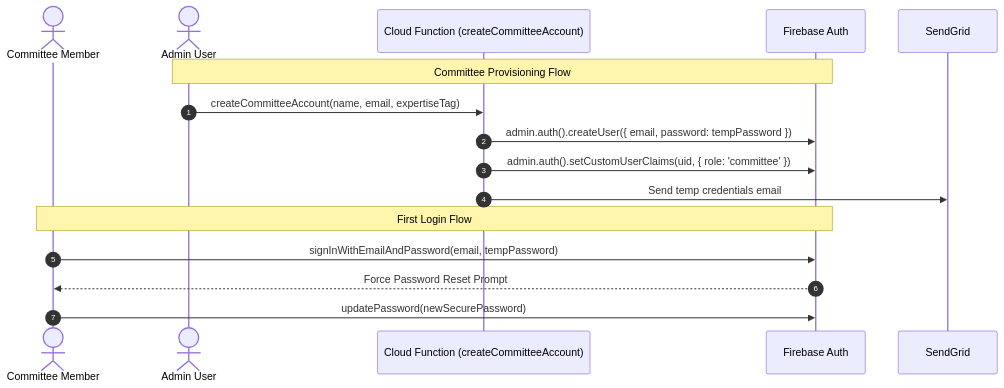
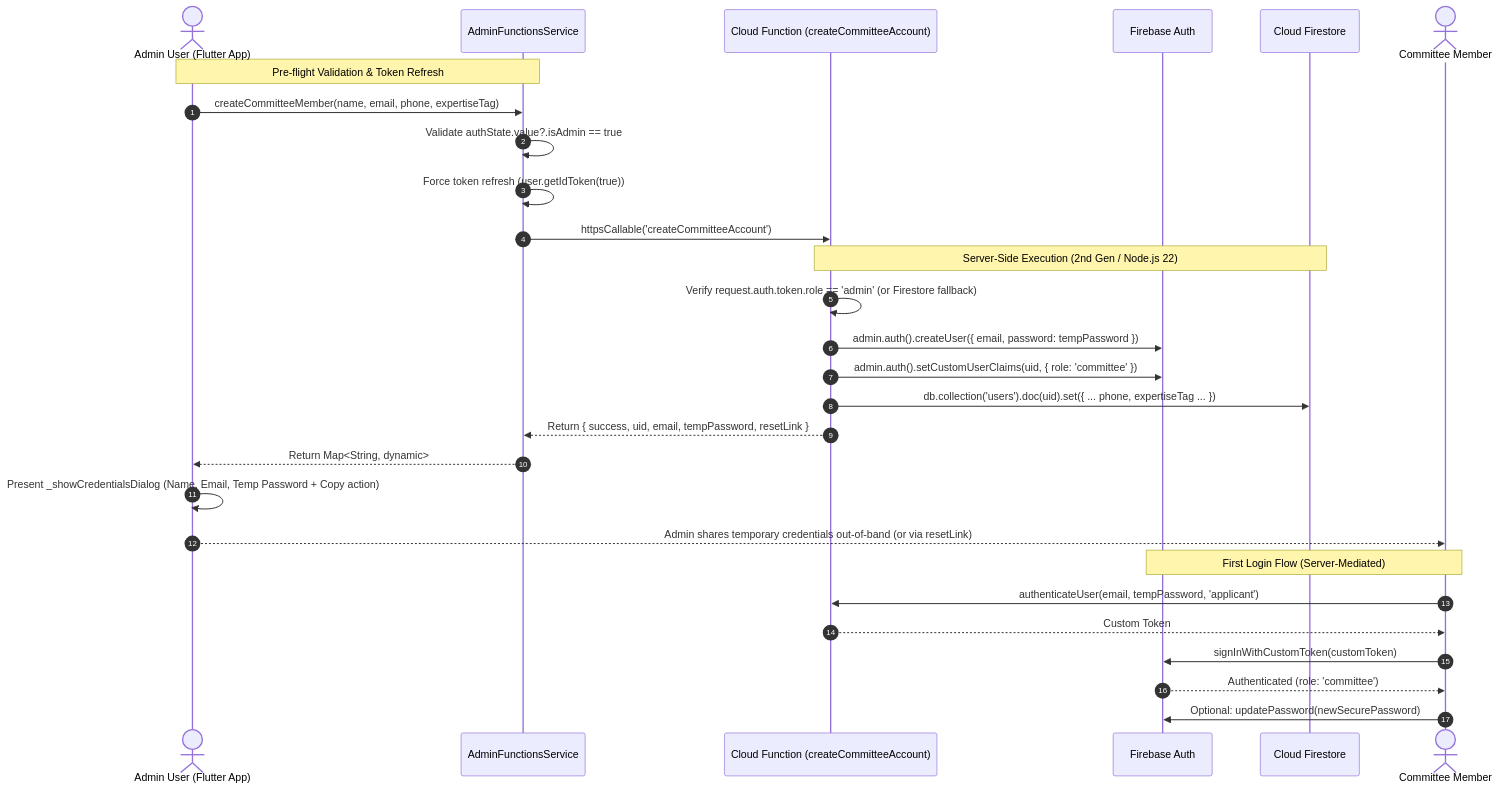
The third of 7 diagrams in brain/auth_security.md (coe-sensrs/survey_booking_flutter), drawn with Mermaid before and after one commit. The commit also changed other lines of this file and 34 other files, not shown here.

````diff
--- a/brain/auth_security.md
+++ b/brain/auth_security.md
@@ -32,20 +143,33 @@
 ```mermaid
 sequenceDiagram
     autonumber
-    actor Committee as Committee Member
-    actor Admin as Admin User
+    actor Admin as Admin User (Flutter App)
+    participant AFS as AdminFunctionsService
     participant CF as Cloud Function (createCommitteeAccount)
     participant Auth as Firebase Auth
-    participant SG as SendGrid
+    participant FS as Cloud Firestore
+    actor Committee as Committee Member
 
-    Note over Admin,Auth: Committee Provisioning Flow
-    Admin->>CF: createCommitteeAccount(name, email, expertiseTag)
+    Note over Admin,AFS: Pre-flight Validation & Token Refresh
+    Admin->>AFS: createCommitteeMember(name, email, phone, expertiseTag)
+    AFS->>AFS: Validate authState.value?.isAdmin == true
+    AFS->>AFS: Force token refresh (user.getIdToken(true))
+    AFS->>CF: httpsCallable('createCommitteeAccount')
+    
+    Note over CF,FS: Server-Side Execution (2nd Gen / Node.js 22)
+    CF->>CF: Verify request.auth.token.role == 'admin' (or Firestore fallback)
     CF->>Auth: admin.auth().createUser({ email, password: tempPassword })
     CF->>Auth: admin.auth().setCustomUserClaims(uid, { role: 'committee' })
-    CF->>SG: Send temp credentials email
+    CF->>FS: db.collection('users').doc(uid).set({ ... phone, expertiseTag ... })
+    CF-->>AFS: Return { success, uid, email, tempPassword, resetLink }
+    AFS-->>Admin: Return Map<String, dynamic>
+    Admin->>Admin: Present _showCredentialsDialog (Name, Email, Temp Password + Copy action)
+    Admin-->>Committee: Admin shares temporary credentials out-of-band (or via resetLink)
     
-    Note over Committee,Auth: First Login Flow
-    Committee->>Auth: signInWithEmailAndPassword(email, tempPassword)
-    Auth-->>Committee: Force Password Reset Prompt
-    Committee->>Auth: updatePassword(newSecurePassword)
+    Note over Committee,Auth: First Login Flow (Server-Mediated)
+    Committee->>CF: authenticateUser(email, tempPassword, 'applicant')
+    CF-->>Committee: Custom Token
+    Committee->>Auth: signInWithCustomToken(customToken)
+    Auth-->>Committee: Authenticated (role: 'committee')
+    Committee->>Auth: Optional: updatePassword(newSecurePassword)
 ```
````
